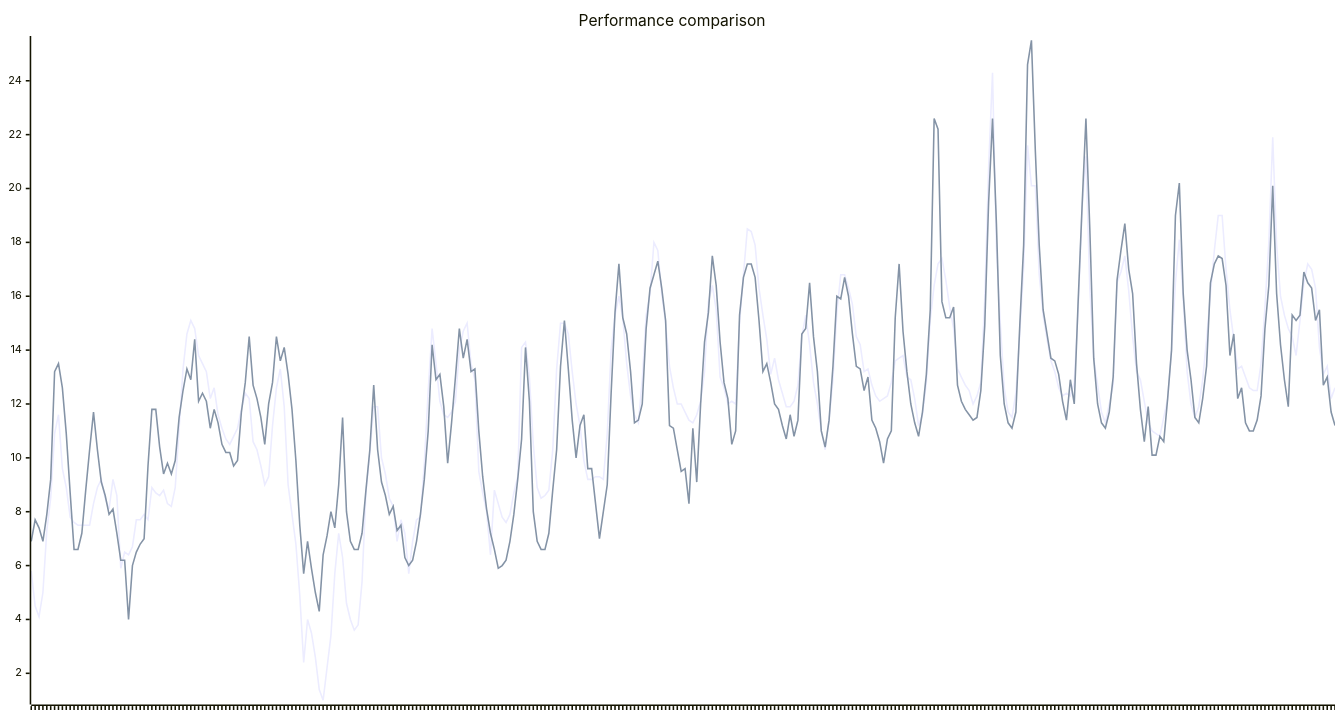
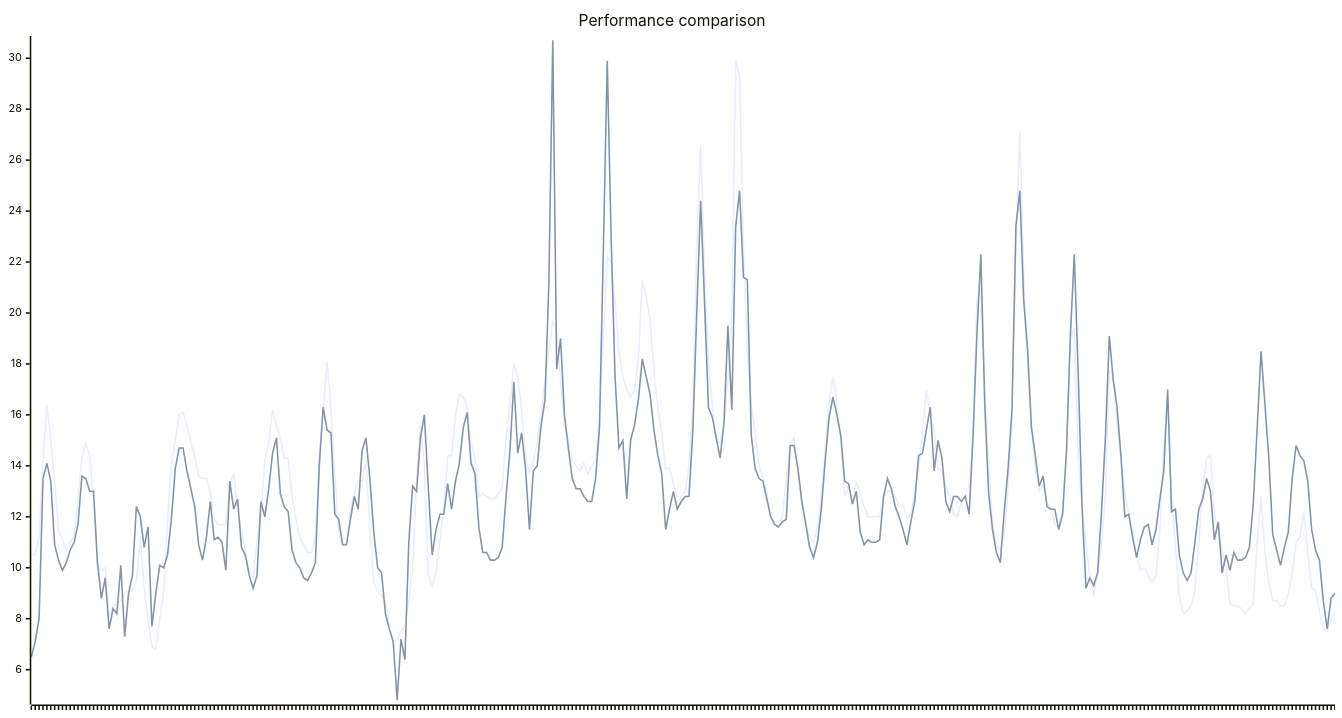
Before and after one commit to hchris1/EpexPredictor: the diagram in README.md, drawn with Mermaid. The commit also changed other lines of this file, not shown here.

````diff
--- a/README.md
+++ b/README.md
@@ -54,17 +54,16 @@
 ```mermaid
 ---
 config:
     xyChart:
         width: 1700
         height: 900
         plotReservedSpacePercent: 80
         xAxis:
             showLabel: false
 ---
 xychart-beta
     title "Performance comparison"
-    x-axis [0,1,2,3,4,5,6,7,8,9,10,11,12,13,14,15,16,17,18,19,20,21,22,23,24,25,26,27,28,29,30,31,32,33,34,35,36,37,38,39,40,41,42,43,44,45,46,47,48,49,50,51,52,53,54,55,56,57,58,59,60,61,62,63,64,65,66,67,68,69,70,71,72,73,74,75,76,77,78,79,80,81,82,83,84,85,86,87,88,89,90,91,92,93,94,95,96,97,98,99,100,101,102,103,104,105,106,107,108,109,110,111,112,113,114,115,116,117,118,119,120,121,122,123,124,125,126,127,128,129,130,131,132,133,134,135,136,137,138,139,140,141,142,143,144,145,146,147,148,149,150,151,152,153,154,155,156,157,158,159,160,161,162,163,164,165,166,167,168,169,170,171,172,173,174,175,176,177,178,179,180,181,182,183,184,185,186,187,188,189,190,191,192,193,194,195,196,197,198,199,200,201,202,203,204,205,206,207,208,209,210,211,212,213,214,215,216,217,218,219,220,221,222,223,224,225,226,227,228,229,230,231,232,233,234,235,236,237,238,239,240,241,242,243,244,245,246,247,248,249,250,251,252,253,254,255,256,257,258,259,260,261,262,263,264,265,266,267,268,269,270,271,272,273,274,275,276,277,278,279,280,281,282,283,284,285,286,287,288,289,290,291,292,293,294,295,296,297,298,299,300,301,302,303,304,305,306,307,308,309,310,311,312,313,314,315,316,317,318,319,320,321,322,323,324,325,326,327,328,329,330,331,332,333,334,335]
-    line [5.8,4.5,4.1,5.0,7.3,8.5,10.9,11.6,9.6,8.9,7.8,7.6,7.5,7.5,7.5,7.5,8.3,8.9,9.2,8.5,8.1,9.2,8.6,5.9,6.5,6.4,6.7,7.7,7.7,7.9,7.7,8.9,8.7,8.6,8.8,8.3,8.2,8.9,11.1,13.3,14.6,15.1,14.8,13.8,13.5,13.2,12.2,12.6,11.6,11.1,10.7,10.5,10.8,11.1,11.8,12.4,12.2,10.6,10.3,9.7,9.0,9.3,11.2,12.6,13.3,11.9,9.0,7.9,6.8,4.9,2.4,4.0,3.5,2.6,1.4,1.0,2.2,3.4,5.7,7.2,6.3,4.6,4.0,3.6,3.8,5.4,8.7,10.2,11.9,11.9,10.0,9.4,8.5,8.2,6.9,7.7,7.2,5.7,6.9,7.7,7.8,9.8,12.5,14.8,13.5,12.1,11.6,11.5,11.7,12.1,14.0,14.7,15.0,13.5,12.9,9.5,8.7,8.0,6.4,8.8,8.3,7.8,7.6,7.9,8.7,9.3,14.1,14.3,13.0,10.5,8.9,8.5,8.6,8.8,10.3,13.3,15.0,15.0,14.6,13.2,12.0,11.2,9.9,9.2,9.2,9.3,9.3,9.2,10.9,14.0,15.3,16.0,15.2,13.5,12.3,11.6,11.3,12.9,15.3,16.1,18.0,17.7,16.1,15.0,13.4,12.6,12.0,12.0,11.7,11.4,11.3,11.6,12.1,13.2,15.8,16.4,15.5,13.0,12.6,12.0,12.1,12.0,15.0,16.8,18.5,18.4,17.9,16.3,15.3,14.4,13.1,13.7,12.9,12.4,11.9,11.9,12.1,12.7,14.5,15.3,14.2,12.8,12.0,11.0,10.3,11.4,12.9,15.4,16.8,16.8,16.3,15.7,14.5,14.2,13.2,13.3,12.7,12.3,12.1,12.2,12.3,12.8,13.6,13.7,13.8,13.0,12.9,12.2,11.2,11.6,12.8,15.1,16.4,17.2,17.4,16.6,15.6,14.8,13.3,13.0,12.7,12.5,12.0,12.3,12.8,15.9,20.8,24.3,17.8,15.0,12.6,11.7,11.5,12.4,14.6,17.1,21.6,20.1,20.1,16.8,15.3,14.4,13.6,13.2,12.6,12.3,12.4,12.3,12.8,15.5,19.2,21.2,16.3,13.7,12.7,11.7,11.3,12.0,12.7,16.5,16.9,17.5,16.2,14.5,13.2,12.9,12.1,11.3,11.0,10.9,10.8,11.5,12.2,14.0,16.5,18.1,15.9,13.2,12.0,11.5,11.9,12.9,14.4,16.1,17.7,19.0,19.0,17.0,15.5,14.4,13.3,13.4,13.0,12.6,12.5,12.5,13.5,15.6,18.0,21.9,17.9,16.0,15.3,14.8,14.5,13.8,15.1,16.5,17.2,17.0,16.3,14.1,13.1,13.4,12.2,12.6]
-    line [6.9,7.7,7.4,6.9,7.9,9.2,13.2,13.5,12.6,10.9,8.7,6.6,6.6,7.2,8.8,10.3,11.7,10.3,9.1,8.6,7.9,8.1,7.2,6.2,6.2,4.0,6.0,6.5,6.8,7.0,9.7,11.8,11.8,10.4,9.4,9.8,9.4,9.9,11.5,12.5,13.3,12.9,14.4,12.1,12.4,12.1,11.1,11.8,11.3,10.5,10.2,10.2,9.7,9.9,11.7,12.8,14.5,12.7,12.2,11.5,10.5,12.0,12.8,14.5,13.6,14.1,13.1,11.8,9.9,7.5,5.7,6.9,5.9,5.0,4.3,6.4,7.1,8.0,7.4,9.0,11.5,8.0,6.9,6.6,6.6,7.2,8.8,10.3,12.7,10.3,9.1,8.6,7.9,8.2,7.3,7.5,6.3,6.0,6.2,6.9,7.9,9.2,11.0,14.2,12.9,13.1,11.9,9.8,11.3,13.0,14.8,13.7,14.4,13.2,13.3,11.0,9.3,8.1,7.2,6.6,5.9,6.0,6.2,6.9,7.9,9.2,10.7,14.1,12.1,8.0,6.9,6.6,6.6,7.2,8.8,10.3,13.4,15.1,13.3,11.4,10.0,11.2,11.6,9.6,9.6,8.3,7.0,8.0,9.0,12.4,15.4,17.2,15.2,14.6,13.2,11.3,11.4,12.0,14.8,16.3,16.8,17.3,16.3,15.1,11.2,11.1,10.3,9.5,9.6,8.3,11.1,9.1,12.0,14.3,15.4,17.5,16.4,14.3,12.8,12.2,10.5,11.0,15.3,16.7,17.2,17.2,16.7,15.1,13.2,13.5,12.8,12.0,11.8,11.2,10.7,11.6,10.8,11.4,14.6,14.8,16.5,14.5,13.2,11.0,10.4,11.4,13.4,16.0,15.9,16.7,16.0,14.6,13.4,13.3,12.5,13.0,11.4,11.1,10.6,9.8,10.7,11.0,15.2,17.2,14.7,13.2,12.0,11.3,10.8,11.7,13.1,15.5,22.6,22.2,15.8,15.2,15.2,15.6,12.7,12.1,11.8,11.6,11.4,11.5,12.5,14.9,19.5,22.6,18.7,13.8,12.0,11.3,11.1,11.7,14.9,17.9,24.6,25.5,21.4,17.9,15.5,14.6,13.7,13.6,13.1,12.1,11.4,12.9,12.0,15.8,19.3,22.6,18.5,13.7,12.0,11.3,11.1,11.7,13.0,16.6,17.7,18.7,17.0,16.1,13.5,11.8,10.6,11.9,10.1,10.1,10.8,10.6,12.2,14.0,19.0,20.2,16.1,14.0,12.9,11.5,11.3,12.2,13.4,16.5,17.2,17.5,17.4,16.4,13.8,14.6,12.2,12.6,11.3,11.0,11.0,11.4,12.3,14.8,16.4,20.1,16.1,14.2,12.9,11.9,15.3,15.1,15.3,16.9,16.5,16.3,15.1,15.5,12.7,13.0,11.7,11.2]
-    
+    x-axis [600,601,602,603,604,605,606,607,608,609,610,611,612,613,614,615,616,617,618,619,620,621,622,623,624,625,626,627,628,629,630,631,632,633,634,635,636,637,638,639,640,641,642,643,644,645,646,647,648,649,650,651,652,653,654,655,656,657,658,659,660,661,662,663,664,665,666,667,668,669,670,671,672,673,674,675,676,677,678,679,680,681,682,683,684,685,686,687,688,689,690,691,692,693,694,695,696,697,698,699,700,701,702,703,704,705,706,707,708,709,710,711,712,713,714,715,716,717,718,719,720,721,722,723,724,725,726,727,728,729,730,731,732,733,734,735,736,737,738,739,740,741,742,743,744,745,746,747,748,749,750,751,752,753,754,755,756,757,758,759,760,761,762,763,764,765,766,767,768,769,770,771,772,773,774,775,776,777,778,779,780,781,782,783,784,785,786,787,788,789,790,791,792,793,794,795,796,797,798,799,800,801,802,803,804,805,806,807,808,809,810,811,812,813,814,815,816,817,818,819,820,821,822,823,824,825,826,827,828,829,830,831,832,833,834,835,836,837,838,839,840,841,842,843,844,845,846,847,848,849,850,851,852,853,854,855,856,857,858,859,860,861,862,863,864,865,866,867,868,869,870,871,872,873,874,875,876,877,878,879,880,881,882,883,884,885,886,887,888,889,890,891,892,893,894,895,896,897,898,899,900,901,902,903,904,905,906,907,908,909,910,911,912,913,914,915,916,917,918,919,920,921,922,923,924,925,926,927,928,929,930,931,932,933,934,935]
+    line [10.5,10.5,11.2,14.2,16.4,15.0,13.4,11.5,11.1,10.7,11.0,11.2,12.7,14.3,14.9,14.4,12.7,10.0,9.9,10.0,8.1,8.5,8.6,8.7,9.0,9.1,9.1,9.5,11.1,9.3,7.9,6.9,6.8,8.0,9.0,11.8,14.1,15.0,16.0,16.1,15.6,14.9,14.4,13.6,13.5,13.5,13.0,11.9,11.7,11.7,11.7,13.3,13.7,12.4,11.5,10.6,9.9,9.6,11.0,12.0,14.2,14.9,16.2,15.6,15.1,14.3,14.3,12.8,11.9,11.2,10.9,10.6,10.6,11.2,14.5,16.2,18.1,16.3,13.6,11.5,10.9,11.0,12.3,12.9,13.4,13.4,14.2,11.5,9.4,9.1,8.9,8.7,7.7,7.1,7.2,7.5,7.7,8.7,10.0,13.5,15.6,14.1,9.7,9.3,9.8,11.1,12.3,14.4,14.4,16.0,16.8,16.7,16.3,14.9,14.3,12.8,12.9,12.8,12.7,12.7,12.9,13.1,15.1,16.4,18.0,17.5,16.2,14.4,13.7,14.2,14.9,16.0,17.3,18.5,19.7,19.3,17.4,15.6,15.0,14.2,14.0,13.8,14.1,13.7,14.0,14.2,16.0,19.0,22.2,22.0,20.4,18.5,17.5,17.0,16.7,17.0,18.2,21.3,20.7,19.7,17.7,16.3,15.3,13.9,13.9,13.3,12.8,12.8,13.0,14.0,16.3,22.7,26.6,21.5,18.1,16.3,15.0,14.9,15.6,17.5,20.0,29.9,29.3,22.6,18.4,16.4,15.3,14.0,13.5,13.0,12.0,11.8,11.8,12.0,13.4,14.9,15.1,13.7,12.5,11.8,11.2,11.0,11.6,12.9,14.6,16.5,17.5,16.5,15.0,12.8,13.2,12.5,13.4,12.9,12.4,12.0,12.0,12.0,12.0,12.8,13.0,13.0,12.8,12.4,12.5,11.9,12.1,13.0,13.8,15.4,17.0,16.0,15.4,13.9,13.8,13.2,12.8,12.1,12.0,12.6,12.9,13.2,15.3,20.5,21.0,17.1,14.0,11.7,10.9,10.7,11.2,13.2,15.9,22.3,27.1,21.5,17.8,15.5,13.9,13.0,13.3,12.5,12.4,11.7,11.6,12.2,14.4,19.0,19.4,14.4,12.4,11.0,9.6,8.9,9.8,11.0,12.8,17.8,17.4,15.6,14.2,12.9,12.2,11.4,10.5,9.9,10.0,9.7,9.4,9.7,11.5,14.9,16.6,12.9,10.8,8.9,8.2,8.3,8.5,9.1,11.0,13.1,14.3,14.4,12.1,11.4,10.7,10.0,8.6,8.5,8.5,8.4,8.2,8.4,8.6,11.0,12.8,10.6,9.4,8.7,8.7,8.5,8.5,9.0,9.8,11.0,11.2,12.2,10.6,9.2,9.1,8.3,7.6,7.5,8.0,8.3]
+    line [6.5,7.1,8.0,13.5,14.1,13.4,10.9,10.3,9.9,10.2,10.7,11.0,11.7,13.6,13.5,13.0,13.0,10.2,8.8,9.6,7.6,8.4,8.2,10.1,7.3,9.0,9.7,12.4,12.0,10.8,11.6,7.7,9.0,10.1,10.0,10.5,11.9,13.9,14.7,14.7,13.8,13.1,12.4,10.9,10.3,11.2,12.6,11.1,11.2,11.0,9.9,13.4,12.3,12.7,10.8,10.5,9.7,9.2,9.7,12.6,12.0,13.1,14.5,15.1,12.9,12.4,12.2,10.7,10.2,10.0,9.6,9.5,9.8,10.2,14.0,16.3,15.4,15.3,12.1,11.9,10.9,10.9,11.9,12.8,12.3,14.6,15.1,13.5,11.4,10.0,9.8,8.2,7.6,7.1,4.8,7.2,6.4,11.0,13.2,13.0,15.1,16.0,13.2,10.5,11.5,12.1,12.1,13.3,12.3,13.4,14.1,15.5,16.1,14.1,13.7,11.6,10.6,10.6,10.3,10.3,10.4,10.8,12.8,14.6,17.3,14.5,15.3,13.9,11.5,13.8,14.0,15.6,16.6,21.2,30.7,17.8,19.0,16.0,14.7,13.5,13.1,13.1,12.8,12.6,12.6,13.5,15.5,22.5,29.9,22.9,17.5,14.7,15.0,12.7,15.0,15.6,16.6,18.2,17.5,16.8,15.4,14.4,13.7,11.5,12.3,13.0,12.3,12.6,12.8,12.8,15.4,20.0,24.4,20.4,16.3,15.9,15.1,14.3,15.7,19.5,16.2,23.4,24.8,21.4,21.3,15.2,13.9,13.5,13.4,12.7,12.0,11.7,11.6,11.8,11.9,14.8,14.8,13.9,12.6,11.7,10.8,10.4,11.0,12.3,14.2,15.9,16.7,16.0,15.2,13.4,13.3,12.5,13.0,11.4,10.9,11.1,11.0,11.0,11.1,12.8,13.5,13.1,12.4,12.0,11.5,10.9,11.8,12.6,14.4,14.5,15.4,16.3,13.8,15.0,14.3,12.6,12.2,12.8,12.8,12.6,12.8,12.1,15.2,19.2,22.3,16.4,12.9,11.5,10.6,10.2,12.2,13.9,16.2,23.4,24.8,20.5,18.6,15.5,14.4,13.2,13.6,12.4,12.3,12.3,11.5,12.1,14.6,19.1,22.3,17.7,12.4,9.2,9.6,9.3,9.8,12.2,15.1,19.1,17.4,16.3,14.4,12.0,12.1,11.2,10.4,11.1,11.6,11.7,10.9,11.5,12.7,13.8,17.0,12.2,12.3,10.5,9.8,9.5,9.8,11.0,12.3,12.7,13.5,13.0,11.1,11.8,9.8,10.5,9.9,10.6,10.3,10.3,10.4,10.8,12.5,15.5,18.5,16.4,14.3,11.3,10.7,10.1,10.8,11.4,13.5,14.8,14.4,14.2,13.4,11.5,10.7,10.3,8.7,7.6,8.8,9.0]
 ```
````
